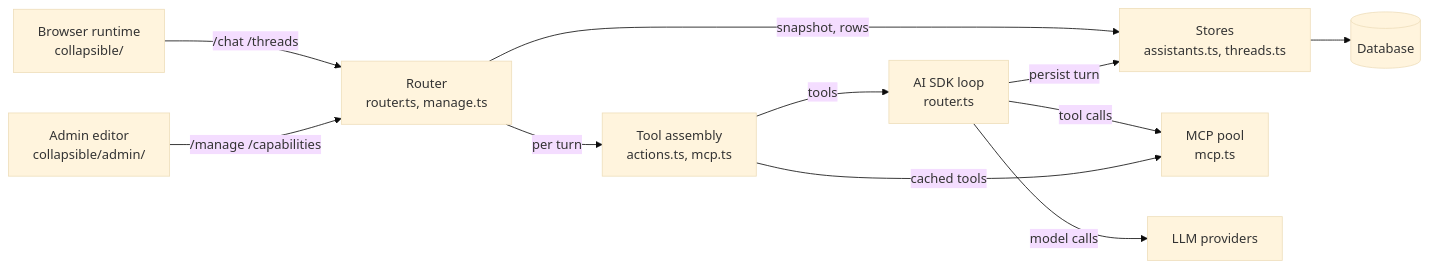
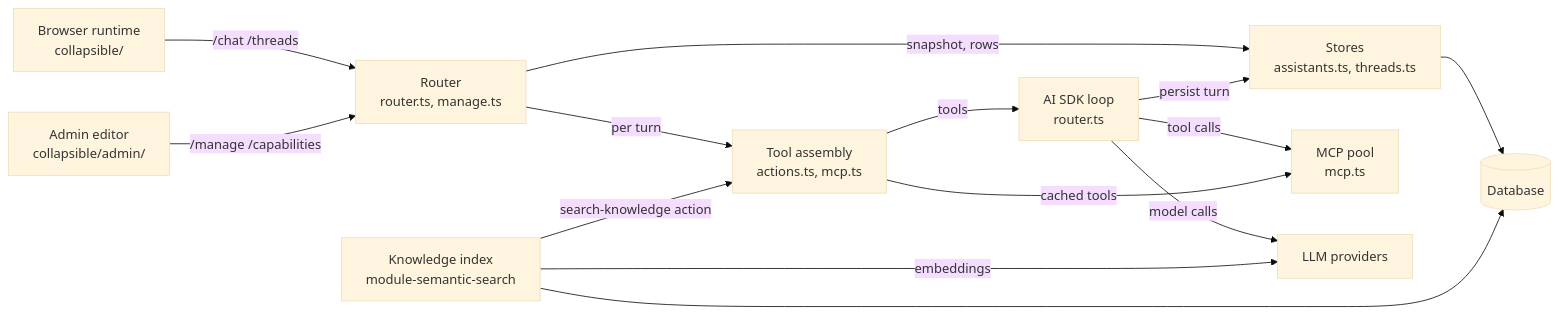
The first of 6 diagrams in docs/architecture.md (drewswiredin/backstage-assistants), drawn with Mermaid (base theme) before and after one commit. The commit also changed other lines of this file and 31 other files, not shown here.

First line of the commit message:
feat: semantic search module, and search tools that say what they match

````diff
--- a/docs/architecture.md
+++ b/docs/architecture.md
@@ -24,22 +25,26 @@
 ```mermaid
 flowchart LR
   RT["Browser runtime\ncollapsible/"]
   ED["Admin editor\ncollapsible/admin/"]
   RO["Router\nrouter.ts, manage.ts"]
   TA["Tool assembly\nactions.ts, mcp.ts"]
   LP["AI SDK loop\nrouter.ts"]
   ST["Stores\nassistants.ts, threads.ts"]
   MP["MCP pool\nmcp.ts"]
+  KI["Knowledge index\nmodule-semantic-search"]
   DB[("Database")]
   PV["LLM providers"]
   RT -->|"/chat /threads"| RO
   ED -->|"/manage /capabilities"| RO
   RO -->|"per turn"| TA
   TA -->|"tools"| LP
   RO -->|"snapshot, rows"| ST
   LP -->|"persist turn"| ST
   LP -->|"model calls"| PV
   LP -->|"tool calls"| MP
   TA -->|"cached tools"| MP
   ST --> DB
+  KI -->|"search-knowledge action"| TA
+  KI -->|"embeddings"| PV
+  KI --> DB
 ```
````
